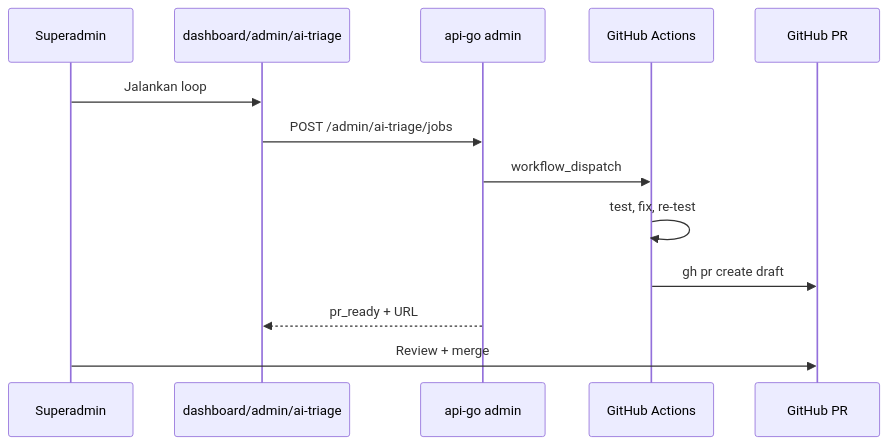
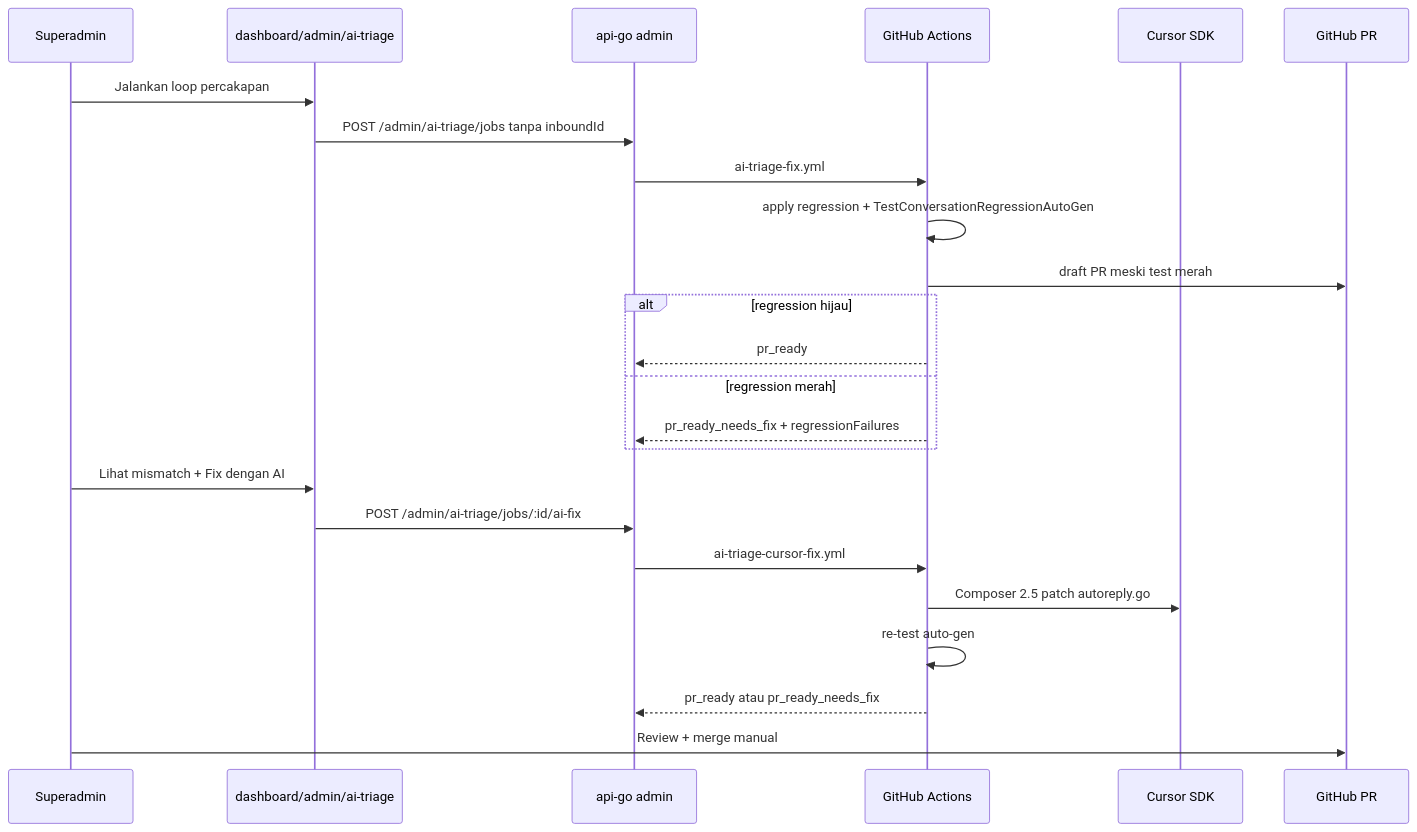
One commit to vwijaya03/wabantu-api-go changed the second of 2 diagrams in docs/AI_TRIAGE_LOOP_NEXT_DEV.md. Above: the diagram before and after it, drawn with Mermaid. The commit also changed other lines of this file, not shown here.

First line of the commit message:
docs(ai-triage): sinkronkan AI_TRIAGE_LOOP_NEXT_DEV dengan Fase 8

````diff
--- a/docs/AI_TRIAGE_LOOP_NEXT_DEV.md
+++ b/docs/AI_TRIAGE_LOOP_NEXT_DEV.md
@@ -143,16 +158,27 @@
 ```mermaid
 sequenceDiagram
   participant You as Superadmin
   participant UI as dashboard/admin/ai-triage
   participant API as api-go admin
   participant GHA as GitHub Actions
+  participant Cursor as Cursor SDK
   participant GH as GitHub PR
 
-  You->>UI: Jalankan loop
-  UI->>API: POST /admin/ai-triage/jobs
-  API->>GHA: workflow_dispatch
-  GHA->>GHA: test, fix, re-test
-  GHA->>GH: gh pr create draft
-  API-->>UI: pr_ready + URL
-  You->>GH: Review + merge
+  You->>UI: Jalankan loop percakapan
+  UI->>API: POST /admin/ai-triage/jobs tanpa inboundId
+  API->>GHA: ai-triage-fix.yml
+  GHA->>GHA: apply regression + TestConversationRegressionAutoGen
+  GHA->>GH: draft PR meski test merah
+  alt regression hijau
+    GHA-->>API: pr_ready
+  else regression merah
+    GHA-->>API: pr_ready_needs_fix + regressionFailures
+  end
+  You->>UI: Lihat mismatch + Fix dengan AI
+  UI->>API: POST /admin/ai-triage/jobs/:id/ai-fix
+  API->>GHA: ai-triage-cursor-fix.yml
+  GHA->>Cursor: Composer 2.5 patch autoreply.go
+  GHA->>GHA: re-test auto-gen
+  GHA-->>API: pr_ready atau pr_ready_needs_fix
+  You->>GH: Review + merge manual
 ```
````
